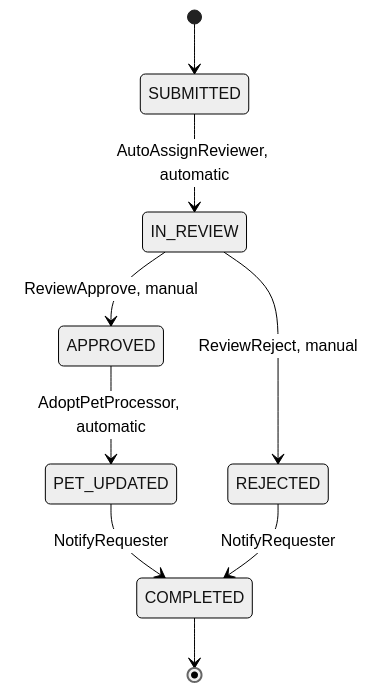
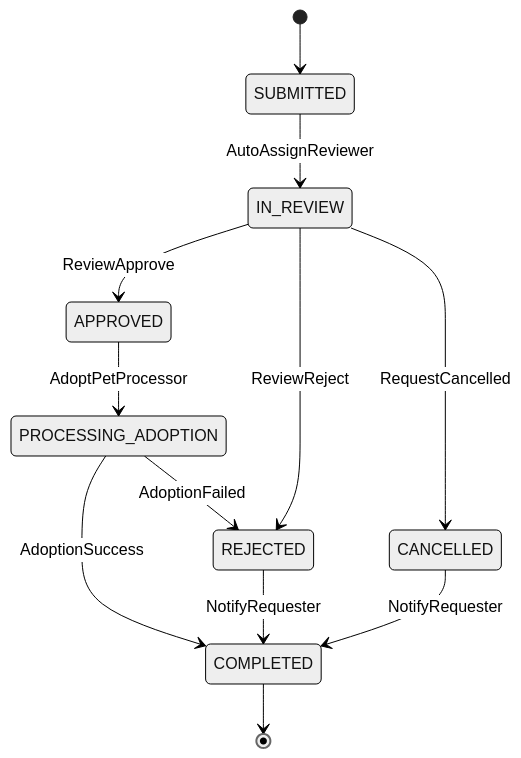
One commit to Cyoda-platform/java-client-template changed the second of 3 diagrams in src/main/java/com/java_template/prototype/functional_requirement.md. Above: the diagram before and after it, drawn with Mermaid (neutral theme). The commit also changed other lines of this file, not shown here.

````diff
--- a/src/main/java/com/java_template/prototype/functional_requirement.md
+++ b/src/main/java/com/java_template/prototype/functional_requirement.md
@@ -65,11 +124,14 @@
 ```mermaid
 stateDiagram-v2
     [*] --> SUBMITTED
-    SUBMITTED --> IN_REVIEW : AutoAssignReviewer, automatic
-    IN_REVIEW --> APPROVED : ReviewApprove, manual
-    IN_REVIEW --> REJECTED : ReviewReject, manual
-    APPROVED --> PET_UPDATED : AdoptPetProcessor, automatic
-    PET_UPDATED --> COMPLETED : NotifyRequester
+    SUBMITTED --> IN_REVIEW : AutoAssignReviewer
+    IN_REVIEW --> APPROVED : ReviewApprove
+    IN_REVIEW --> REJECTED : ReviewReject
+    IN_REVIEW --> CANCELLED : RequestCancelled
+    APPROVED --> PROCESSING_ADOPTION : AdoptPetProcessor
+    PROCESSING_ADOPTION --> COMPLETED : AdoptionSuccess
+    PROCESSING_ADOPTION --> REJECTED : AdoptionFailed
     REJECTED --> COMPLETED : NotifyRequester
+    CANCELLED --> COMPLETED : NotifyRequester
     COMPLETED --> [*]
 ```
````
